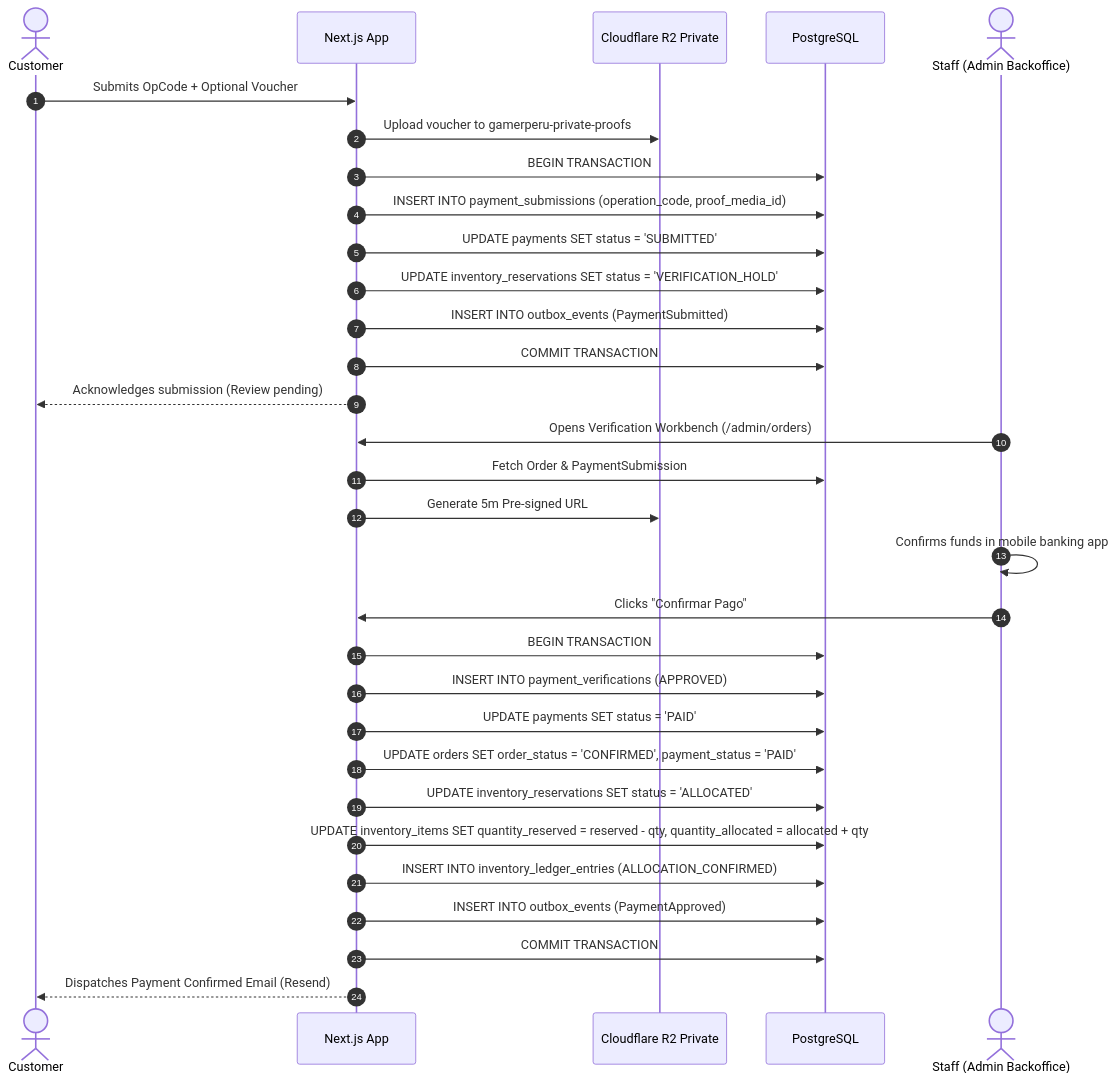
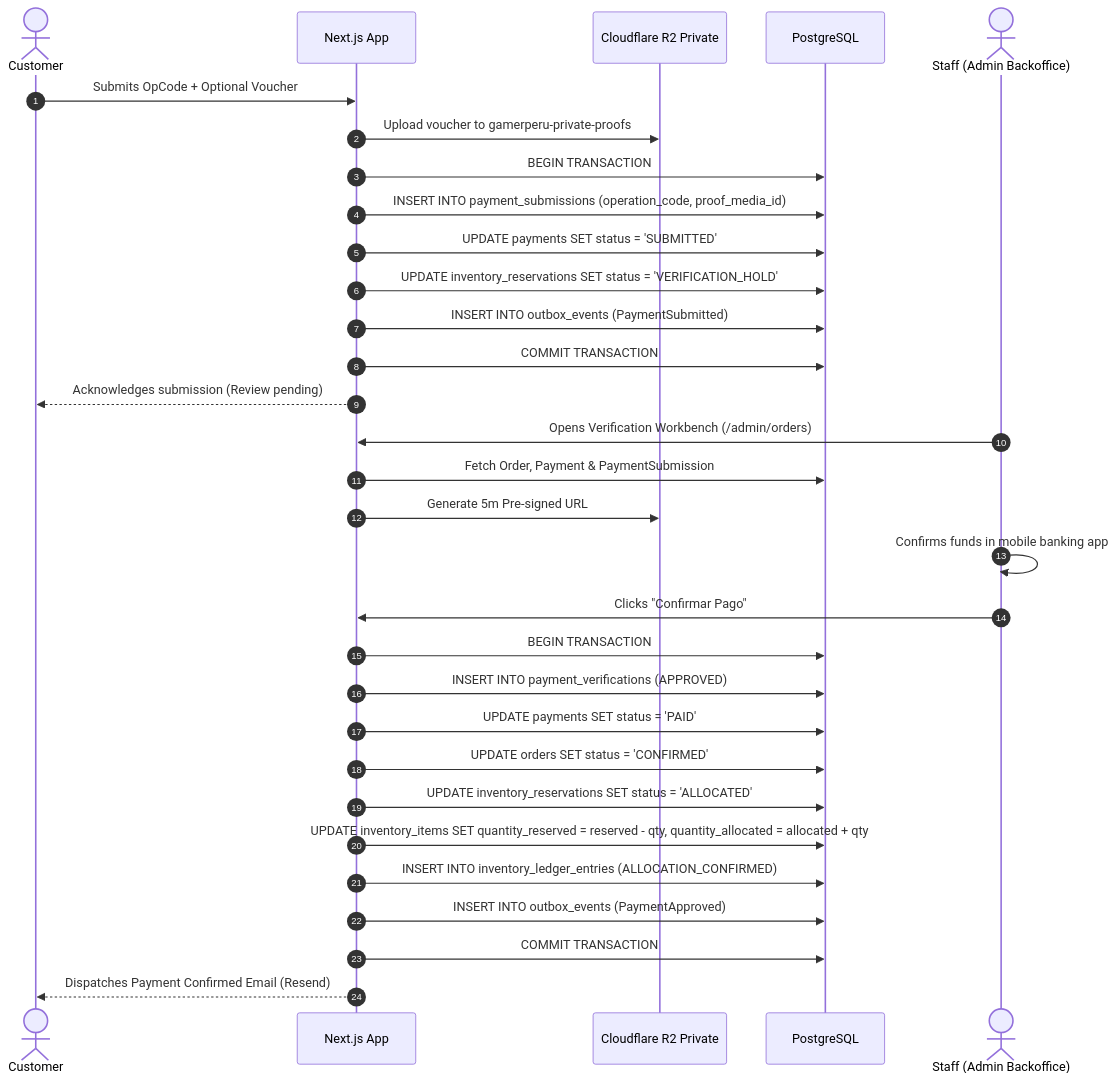
Before and after one commit to SaeBryxn/GamerPeru-Vercel: diagram 11 of 15 in docs/architecture/COMMERCE_DOMAIN_MODEL.md, drawn with Mermaid. The commit also changed other lines of this file, not shown here.

````diff
--- a/docs/architecture/COMMERCE_DOMAIN_MODEL.md
+++ b/docs/architecture/COMMERCE_DOMAIN_MODEL.md
@@ -1288,35 +1327,35 @@
 ```mermaid
 sequenceDiagram
     autonumber
     actor Customer
     participant App as Next.js App
     participant R2 as Cloudflare R2 Private
     participant DB as PostgreSQL
     actor Admin as Staff (Admin Backoffice)
 
     Customer->>App: Submits OpCode + Optional Voucher
     App->>R2: Upload voucher to gamerperu-private-proofs
     App->>DB: BEGIN TRANSACTION
     App->>DB: INSERT INTO payment_submissions (operation_code, proof_media_id)
     App->>DB: UPDATE payments SET status = 'SUBMITTED'
     App->>DB: UPDATE inventory_reservations SET status = 'VERIFICATION_HOLD'
     App->>DB: INSERT INTO outbox_events (PaymentSubmitted)
     App->>DB: COMMIT TRANSACTION
     App-->>Customer: Acknowledges submission (Review pending)
     
     Admin->>App: Opens Verification Workbench (/admin/orders)
-    App->>DB: Fetch Order & PaymentSubmission
+    App->>DB: Fetch Order, Payment & PaymentSubmission
     App->>R2: Generate 5m Pre-signed URL
     Admin->>Admin: Confirms funds in mobile banking app
     Admin->>App: Clicks "Confirmar Pago"
     App->>DB: BEGIN TRANSACTION
     App->>DB: INSERT INTO payment_verifications (APPROVED)
     App->>DB: UPDATE payments SET status = 'PAID'
-    App->>DB: UPDATE orders SET order_status = 'CONFIRMED', payment_status = 'PAID'
+    App->>DB: UPDATE orders SET status = 'CONFIRMED'
     App->>DB: UPDATE inventory_reservations SET status = 'ALLOCATED'
     App->>DB: UPDATE inventory_items SET quantity_reserved = reserved - qty, quantity_allocated = allocated + qty
     App->>DB: INSERT INTO inventory_ledger_entries (ALLOCATION_CONFIRMED)
     App->>DB: INSERT INTO outbox_events (PaymentApproved)
     App->>DB: COMMIT TRANSACTION
     App-->>Customer: Dispatches Payment Confirmed Email (Resend)
 ```
````
